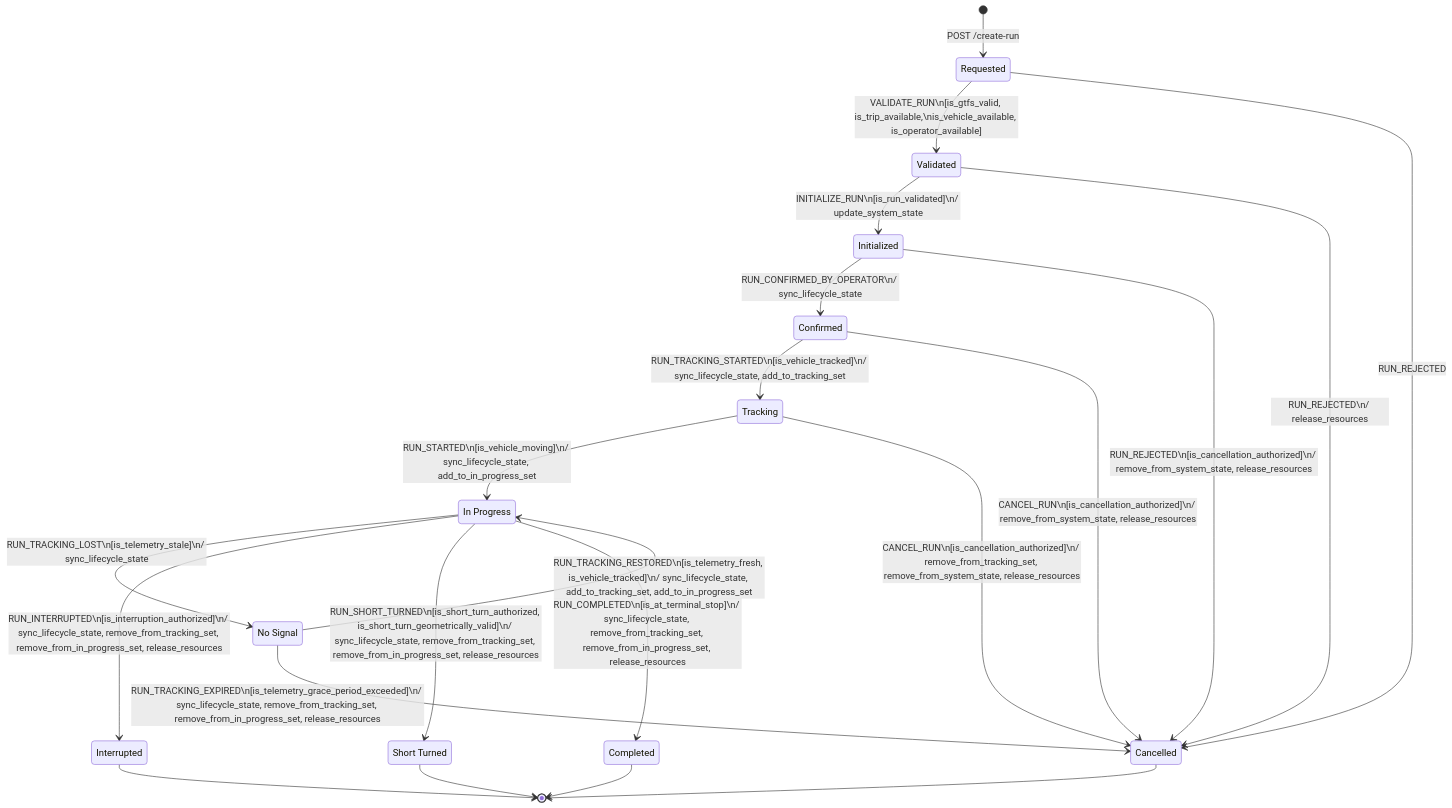
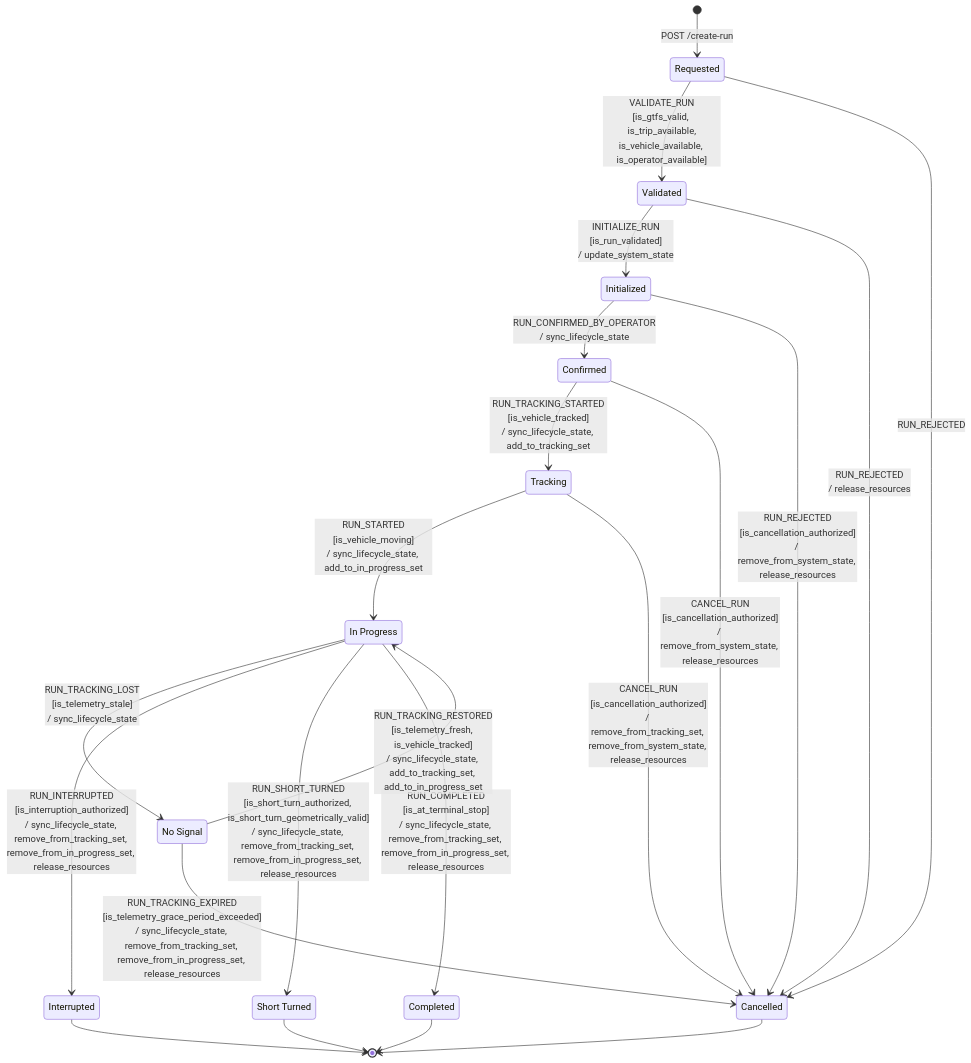
Before and after one commit to simovilab/databus: the diagram in docs/content/runs/lifecycle-states.md, drawn with Mermaid. The commit also changed other lines of this file and 42 other files, not shown here.

````diff
--- a/docs/content/runs/lifecycle-states.md
+++ b/docs/content/runs/lifecycle-states.md
@@ -32,36 +35,36 @@
 ```mermaid
 stateDiagram-v2
     [*] --> Requested : POST /create-run
 
-    Requested --> Validated : VALIDATE_RUN\n[is_gtfs_valid, is_trip_available,\nis_vehicle_available, is_operator_available]
+    Requested --> Validated : VALIDATE_RUN<br/>[is_gtfs_valid, is_trip_available,<br/>is_vehicle_available, is_operator_available]
     Requested --> Cancelled : RUN_REJECTED
 
-    Validated --> Initialized : INITIALIZE_RUN\n[is_run_validated]\n/ update_system_state
-    Validated --> Cancelled : RUN_REJECTED\n/ release_resources
+    Validated --> Initialized : INITIALIZE_RUN<br/>[is_run_validated]<br/>/ update_system_state
+    Validated --> Cancelled : RUN_REJECTED<br/>/ release_resources
 
-    Initialized --> Confirmed : RUN_CONFIRMED_BY_OPERATOR\n/ sync_lifecycle_state
-    Initialized --> Cancelled : RUN_REJECTED\n[is_cancellation_authorized]\n/ remove_from_system_state, release_resources
+    Initialized --> Confirmed : RUN_CONFIRMED_BY_OPERATOR<br/>/ sync_lifecycle_state
+    Initialized --> Cancelled : RUN_REJECTED<br/>[is_cancellation_authorized]<br/>/ remove_from_system_state, release_resources
 
-    Confirmed --> Tracking : RUN_TRACKING_STARTED\n[is_vehicle_tracked]\n/ sync_lifecycle_state, add_to_tracking_set
-    Confirmed --> Cancelled : CANCEL_RUN\n[is_cancellation_authorized]\n/ remove_from_system_state, release_resources
+    Confirmed --> Tracking : RUN_TRACKING_STARTED<br/>[is_vehicle_tracked]<br/>/ sync_lifecycle_state, add_to_tracking_set
+    Confirmed --> Cancelled : CANCEL_RUN<br/>[is_cancellation_authorized]<br/>/ remove_from_system_state, release_resources
 
-    Tracking --> InProgress : RUN_STARTED\n[is_vehicle_moving]\n/ sync_lifecycle_state, add_to_in_progress_set
-    Tracking --> Cancelled : CANCEL_RUN\n[is_cancellation_authorized]\n/ remove_from_tracking_set, remove_from_system_state, release_resources
+    Tracking --> InProgress : RUN_STARTED<br/>[is_vehicle_moving]<br/>/ sync_lifecycle_state, add_to_in_progress_set
+    Tracking --> Cancelled : CANCEL_RUN<br/>[is_cancellation_authorized]<br/>/ remove_from_tracking_set, remove_from_system_state, release_resources
 
-    InProgress --> NoSignal : RUN_TRACKING_LOST\n[is_telemetry_stale]\n/ sync_lifecycle_state
-    InProgress --> Interrupted : RUN_INTERRUPTED\n[is_interruption_authorized]\n/ sync_lifecycle_state, remove_from_tracking_set, remove_from_in_progress_set, release_resources
-    InProgress --> ShortTurned : RUN_SHORT_TURNED\n[is_short_turn_authorized, is_short_turn_geometrically_valid]\n/ sync_lifecycle_state, remove_from_tracking_set, remove_from_in_progress_set, release_resources
-    InProgress --> Completed : RUN_COMPLETED\n[is_at_terminal_stop]\n/ sync_lifecycle_state, remove_from_tracking_set, remove_from_in_progress_set, release_resources
+    InProgress --> NoSignal : RUN_TRACKING_LOST<br/>[is_telemetry_stale]<br/>/ sync_lifecycle_state
+    InProgress --> Interrupted : RUN_INTERRUPTED<br/>[is_interruption_authorized]<br/>/ sync_lifecycle_state, remove_from_tracking_set, remove_from_in_progress_set, release_resources
+    InProgress --> ShortTurned : RUN_SHORT_TURNED<br/>[is_short_turn_authorized, is_short_turn_geometrically_valid]<br/>/ sync_lifecycle_state, remove_from_tracking_set, remove_from_in_progress_set, release_resources
+    InProgress --> Completed : RUN_COMPLETED<br/>[is_at_terminal_stop]<br/>/ sync_lifecycle_state, remove_from_tracking_set, remove_from_in_progress_set, release_resources
 
-    NoSignal --> InProgress : RUN_TRACKING_RESTORED\n[is_telemetry_fresh, is_vehicle_tracked]\n/ sync_lifecycle_state, add_to_tracking_set, add_to_in_progress_set
-    NoSignal --> Cancelled : RUN_TRACKING_EXPIRED\n[is_telemetry_grace_period_exceeded]\n/ sync_lifecycle_state, remove_from_tracking_set, remove_from_in_progress_set, release_resources
+    NoSignal --> InProgress : RUN_TRACKING_RESTORED<br/>[is_telemetry_fresh, is_vehicle_tracked]<br/>/ sync_lifecycle_state, add_to_tracking_set, add_to_in_progress_set
+    NoSignal --> Cancelled : RUN_TRACKING_EXPIRED<br/>[is_telemetry_grace_period_exceeded]<br/>/ sync_lifecycle_state, remove_from_tracking_set, remove_from_in_progress_set, release_resources
 
     Completed --> [*]
     Interrupted --> [*]
     ShortTurned --> [*]
     Cancelled --> [*]
 
     InProgress : In Progress
     NoSignal : No Signal
     ShortTurned : Short Turned
 ```
````
